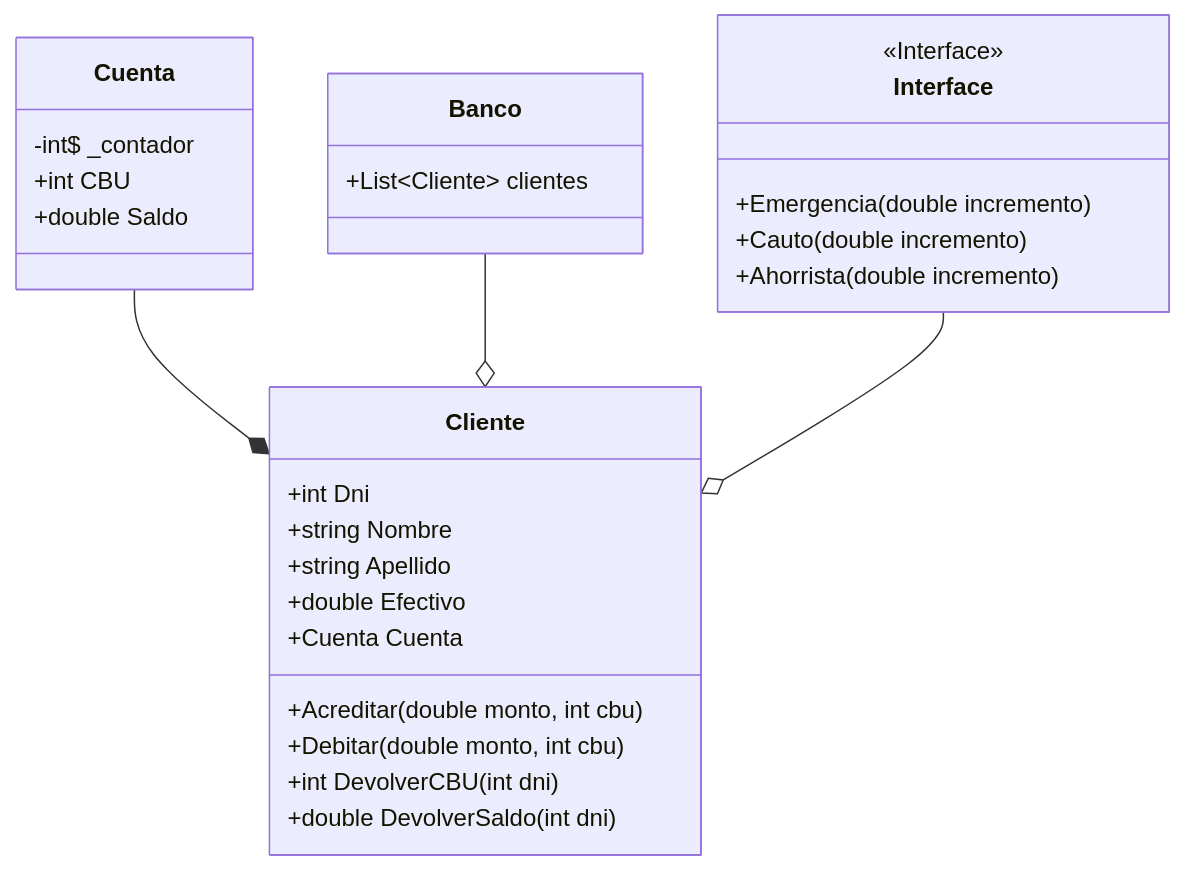
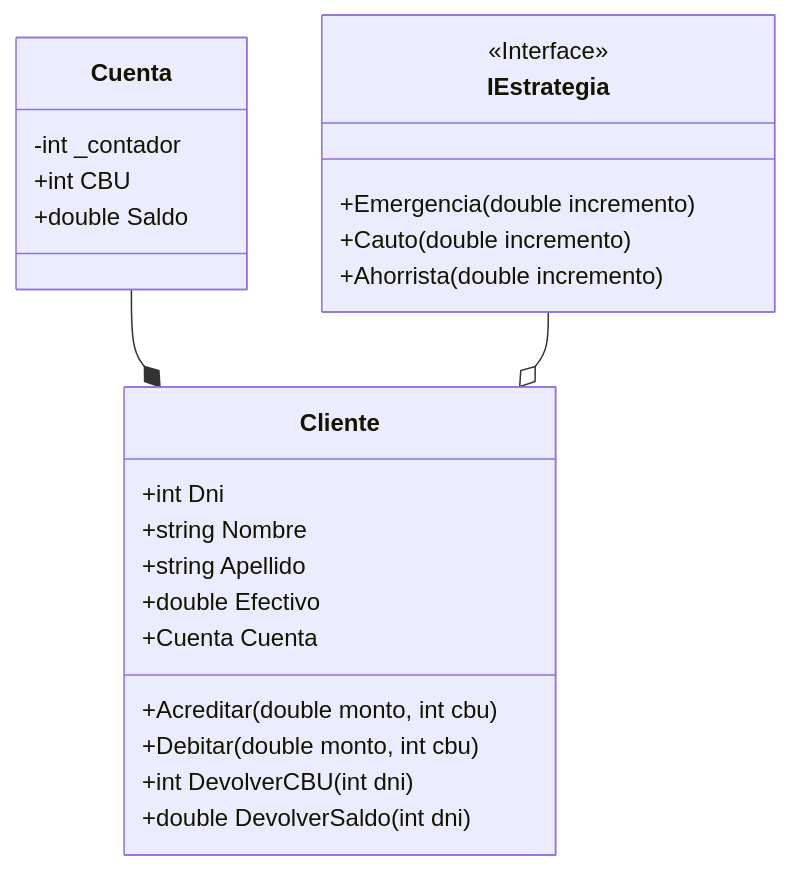
The diagram in README.md (Ramon-Ariel-ET12/Banco), drawn with Mermaid before and after one commit. The commit also changed 23 other files, not shown here.

````diff
--- a/README.md
+++ b/README.md
@@ -3,40 +3,35 @@
 ```mermaid
 
 classDiagram
 direction lr
 
 class Cliente{
     +int Dni
     +string Nombre
     +string Apellido
     +double Efectivo
     +Cuenta Cuenta
 
     +Acreditar(double monto, int cbu)
     +Debitar(double monto, int cbu)
     +int DevolverCBU(int dni)
     +double DevolverSaldo(int dni)
 }
 
 class Cuenta{
-    -int$ _contador
+    -int _contador
     +int CBU
     +double Saldo
 }
 
-class Banco{
-    +List~Cliente~ clientes
-}
-
-class Interface{
+class IEstrategia{
     <<Interface>>
     +Emergencia(double incremento)
     +Cauto(double incremento)
     +Ahorrista(double incremento)
 }
 
 Cuenta --* Cliente
-Banco --o Cliente
-Interface --o Cliente
+IEstrategia --o Cliente
 
 ```
````
